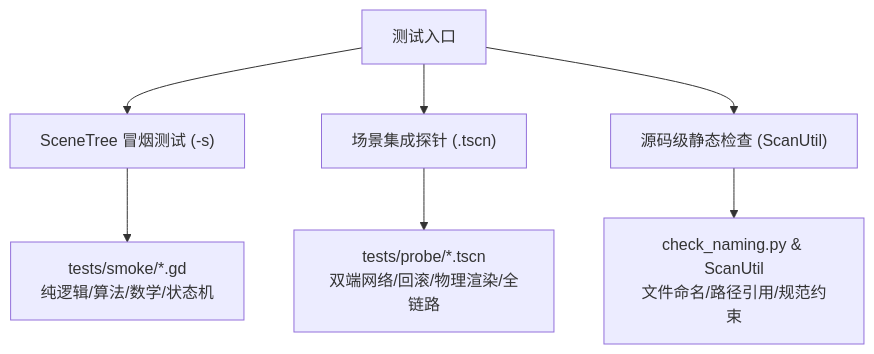
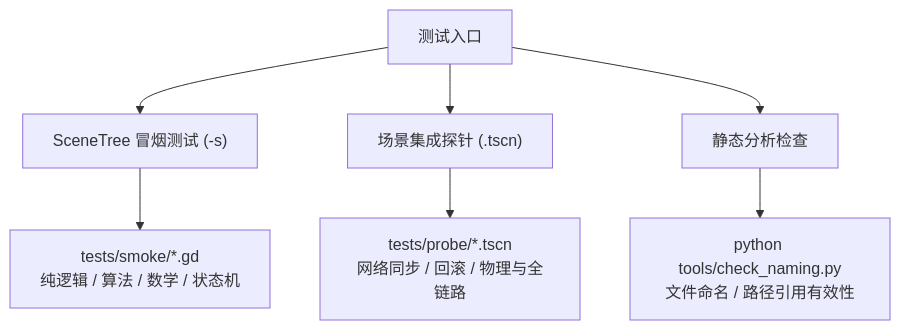
Before and after one commit to aleksey-45/the-cyancular-ruins: the diagram in docs/eng/tests.md, drawn with Mermaid. The commit also changed other lines of this file and 296 other files, not shown here.

````diff
--- a/docs/eng/tests.md
+++ b/docs/eng/tests.md
@@ -12,10 +11,10 @@
 ```mermaid
 flowchart TD
     A["测试入口"] --> B["SceneTree 冒烟测试 (-s)"]
     A --> C["场景集成探针 (.tscn)"]
-    A --> D["源码级静态检查 (ScanUtil)"]
+    A --> D["静态分析检查"]
     
-    B --> B1["tests/smoke/*.gd<br/>纯逻辑/算法/数学/状态机"]
-    C --> C1["tests/probe/*.tscn<br/>双端网络/回滚/物理渲染/全链路"]
-    D --> D1["check_naming.py & ScanUtil<br/>文件命名/路径引用/规范约束"]
+    B --> B1["tests/smoke/*.gd<br/>纯逻辑 / 算法 / 数学 / 状态机"]
+    C --> C1["tests/probe/*.tscn<br/>网络同步 / 回滚 / 物理与全链路"]
+    D --> D1["python tools/check_naming.py<br/>文件命名 / 路径引用有效性"]
 ```
````
